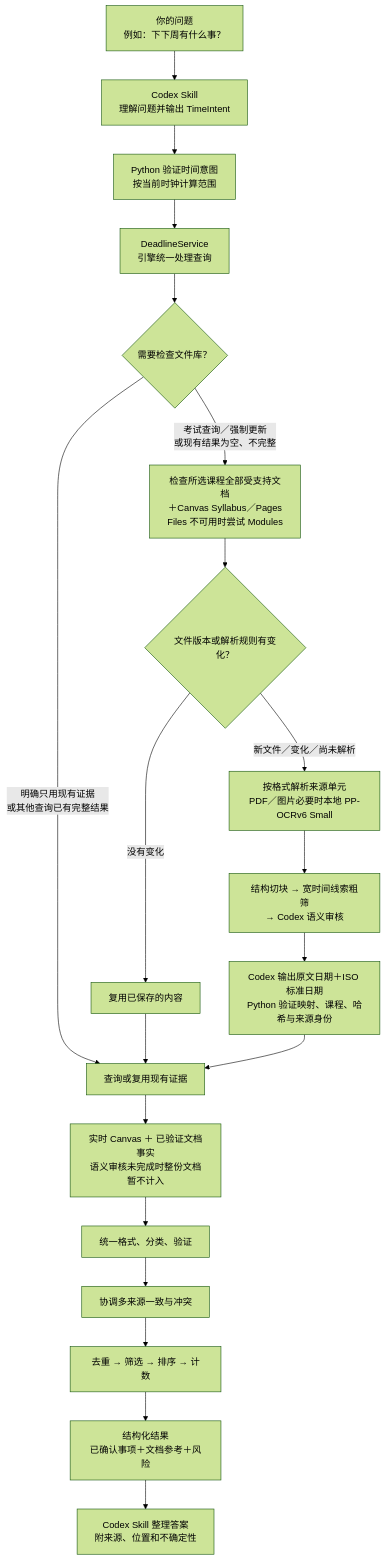
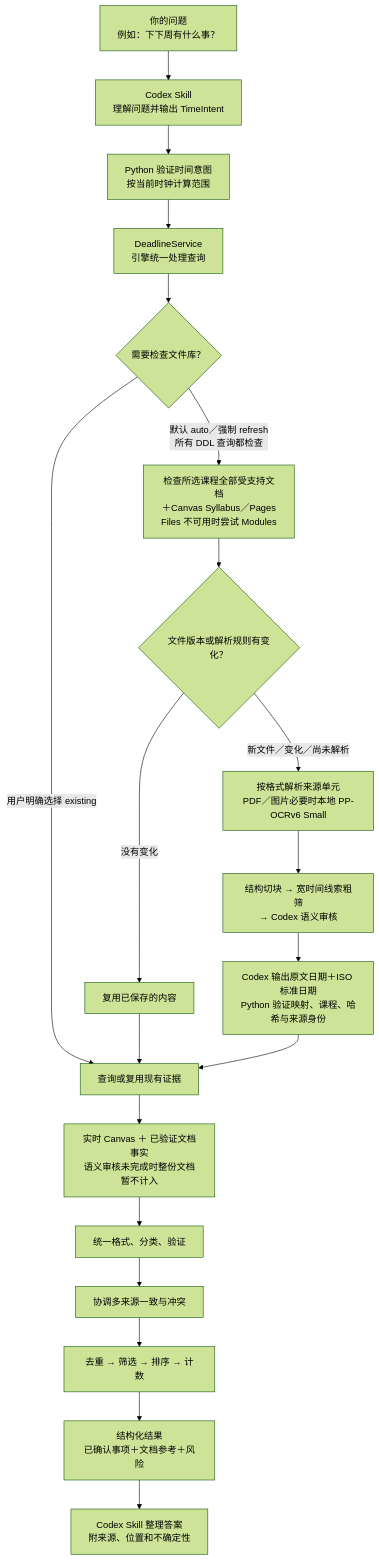
Before and after one commit to zhangleqi04-dev/canvas-ddl: the diagram in docs/CANVAS_DDL_FLOWCHART.md, drawn with Mermaid (forest theme). The commit also changed other lines of this file and 11 other files, not shown here.

````diff
--- a/docs/CANVAS_DDL_FLOWCHART.md
+++ b/docs/CANVAS_DDL_FLOWCHART.md
@@ -5,25 +5,25 @@
 ```mermaid
 flowchart TD
     A["你的问题<br/>例如：下下周有什么事？"] --> B["Codex Skill<br/>理解问题并输出 TimeIntent"]
     B --> T["Python 验证时间意图<br/>按当前时钟计算范围"]
     T --> C["DeadlineService<br/>引擎统一处理查询"]
     C --> D{"需要检查文件库？"}
 
-    D -->|"考试查询／强制更新<br/>或现有结果为空、不完整"| E["检查所选课程全部受支持文档<br/>＋Canvas Syllabus／Pages<br/>Files 不可用时尝试 Modules"]
-    D -->|"明确只用现有证据<br/>或其他查询已有完整结果"| H["查询或复用现有证据"]
+    D -->|"默认 auto／强制 refresh<br/>所有 DDL 查询都检查"| E["检查所选课程全部受支持文档<br/>＋Canvas Syllabus／Pages<br/>Files 不可用时尝试 Modules"]
+    D -->|"用户明确选择 existing"| H["查询或复用现有证据"]
 
     E --> F{"文件版本或解析规则有变化？"}
     F -->|"没有变化"| G["复用已保存的内容"]
     F -->|"新文件／变化／尚未解析"| O["按格式解析来源单元<br/>PDF／图片必要时本地 PP-OCRv6 Small"]
     O --> P["结构切块 → 宽时间线索粗筛<br/>→ Codex 语义审核"]
     P --> V["Codex 输出原文日期＋ISO 标准日期<br/>Python 验证映射、课程、哈希与来源身份"]
     G --> H
     V --> H
 
     H --> I["实时 Canvas ＋ 已验证文档事实<br/>语义审核未完成时整份文档暂不计入"]
     I --> J["统一格式、分类、验证"]
     J --> K["协调多来源一致与冲突"]
     K --> L["去重 → 筛选 → 排序 → 计数"]
     L --> M["结构化结果<br/>已确认事项＋文档参考＋风险"]
     M --> N["Codex Skill 整理答案<br/>附来源、位置和不确定性"]
 ```
````
